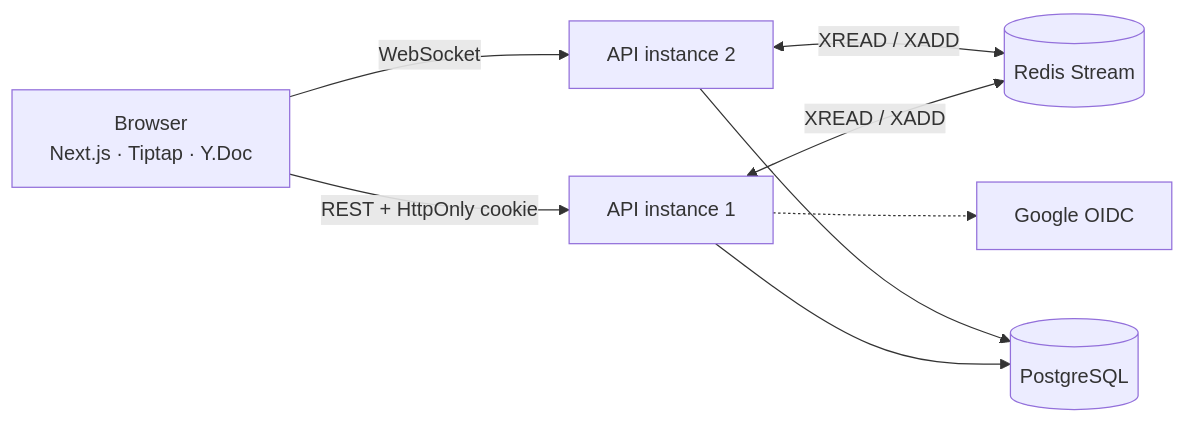
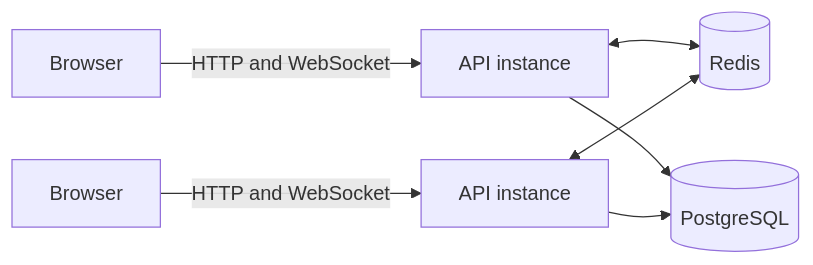
Before and after one commit to sushildalavi/SyncSpace: the diagram in README.md, drawn with Mermaid. The commit also changed other lines of this file, not shown here.

````diff
--- a/README.md
+++ b/README.md
@@ -86,10 +73,9 @@
 ```mermaid
 flowchart LR
-  B[Browser<br/>Next.js · Tiptap · Y.Doc] -- "REST + HttpOnly cookie" --> A1[API instance 1]
-  B -- "WebSocket" --> A2[API instance 2]
-  A1 <-->|XREAD / XADD| R[(Redis Stream)]
-  A2 <-->|XREAD / XADD| R
+  B[Browser] -- HTTP and WebSocket --> A1[API instance]
+  B2[Browser] -- HTTP and WebSocket --> A2[API instance]
+  A1 <--> R[(Redis)]
+  A2 <--> R
   A1 --> P[(PostgreSQL)]
   A2 --> P
-  A1 -.-> G[Google OIDC]
 ```
````
